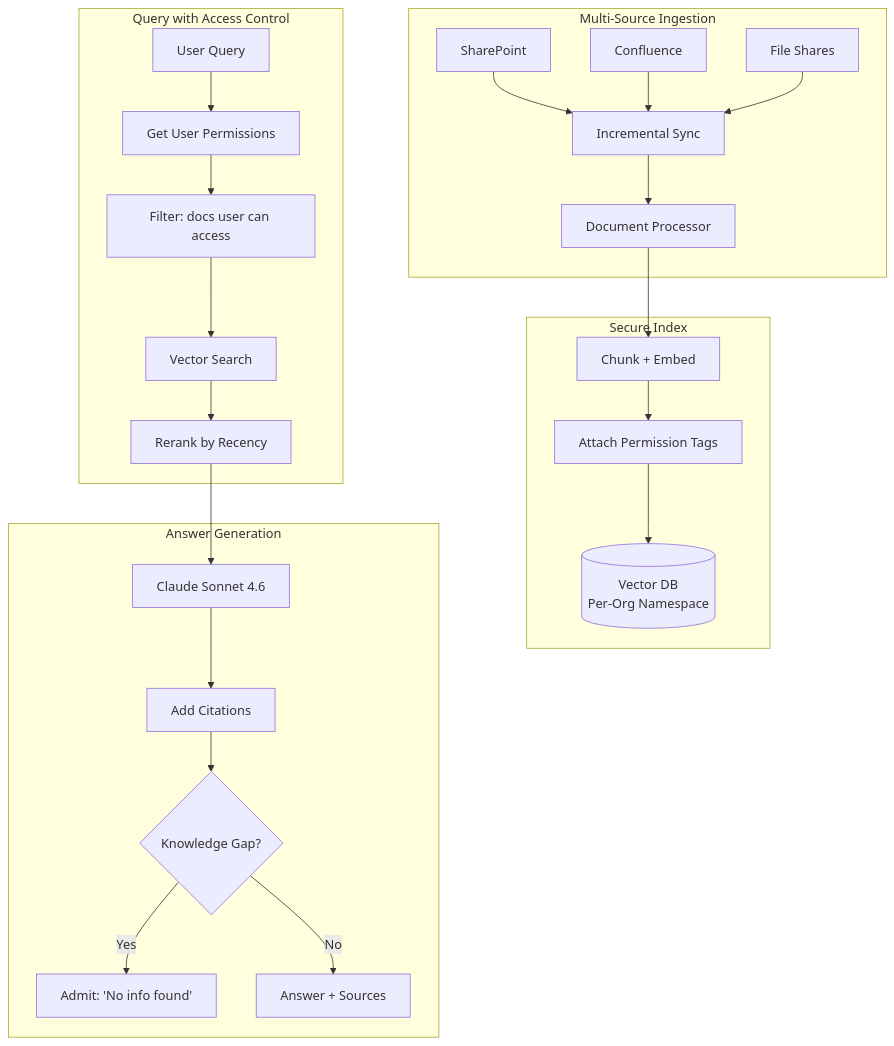
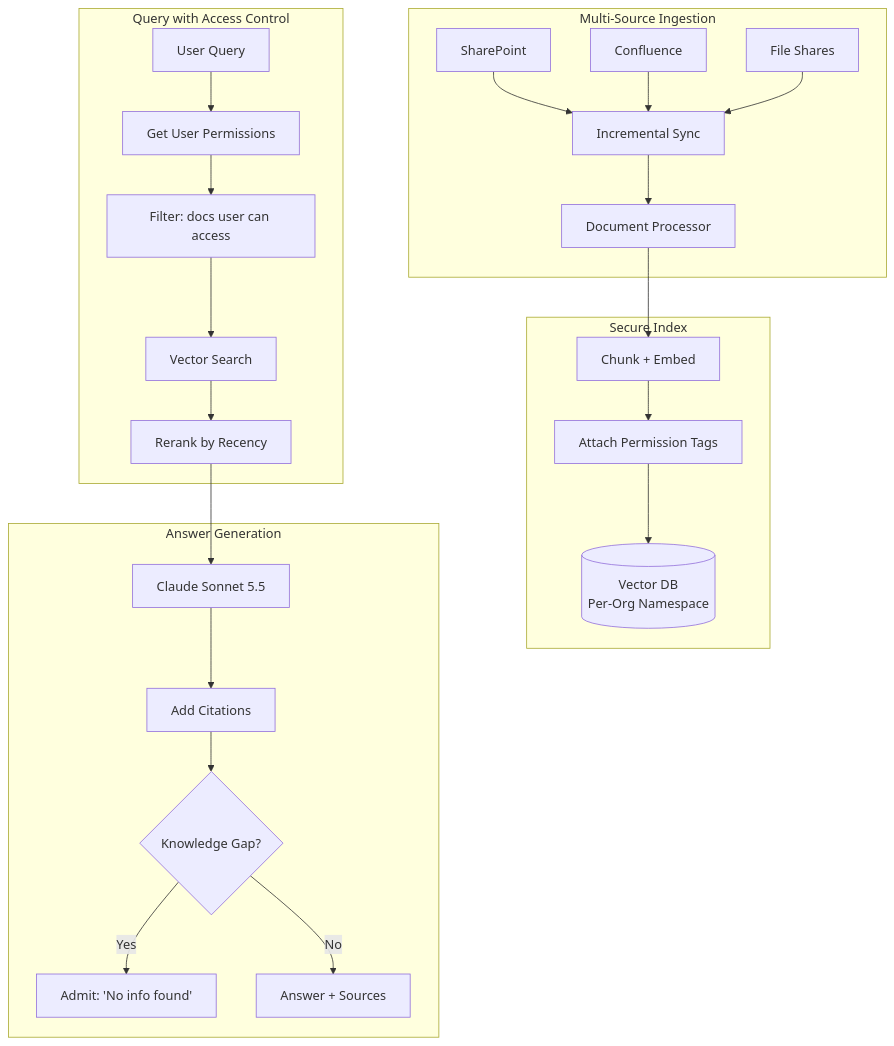
One commit to ChiHoc/ai-system-design-guide-zh changed the first of 2 diagrams in 16-case-studies/15-knowledge-management.md. Above: the diagram before and after it, drawn with Mermaid. The commit also changed 149 other files, not shown here.

````diff
--- a/16-case-studies/15-knowledge-management.md
+++ b/16-case-studies/15-knowledge-management.md
@@ -24,30 +24,30 @@
 ```mermaid
 flowchart TB
     subgraph Ingest["Multi-Source Ingestion"]
         SP[SharePoint] --> SYNC[Incremental Sync]
         CONF[Confluence] --> SYNC
         FS[File Shares] --> SYNC
         SYNC --> PROCESS[Document Processor]
     end
 
     subgraph Index["Secure Index"]
         PROCESS --> CHUNK[Chunk + Embed]
         CHUNK --> PERMISSIONS[Attach Permission Tags]
         PERMISSIONS --> VECTOR[(Vector DB<br/>Per-Org Namespace)]
     end
 
     subgraph Query["Query with Access Control"]
         USER[User Query] --> AUTH[Get User Permissions]
         AUTH --> FILTER[Filter: docs user can access]
         FILTER --> SEARCH[Vector Search]
         SEARCH --> RERANK[Rerank by Recency]
     end
 
     subgraph Generate["Answer Generation"]
-        RERANK --> LLM[Claude Sonnet 4.6]
+        RERANK --> LLM[Claude Sonnet 5.5]
         LLM --> CITE[Add Citations]
         CITE --> GAP{Knowledge Gap?}
         GAP -->|Yes| ADMIT[Admit: 'No info found']
         GAP -->|No| ANSWER[Answer + Sources]
     end
 ```
````
